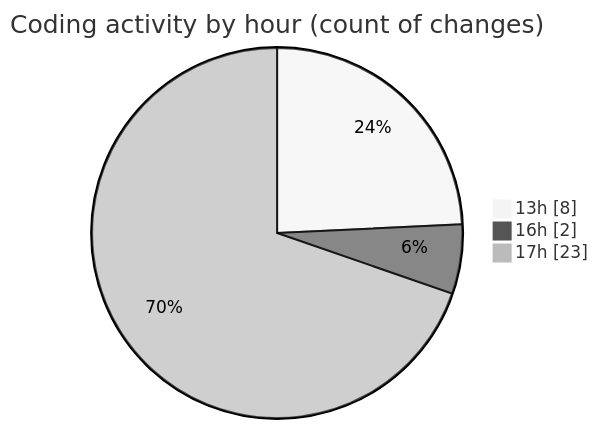
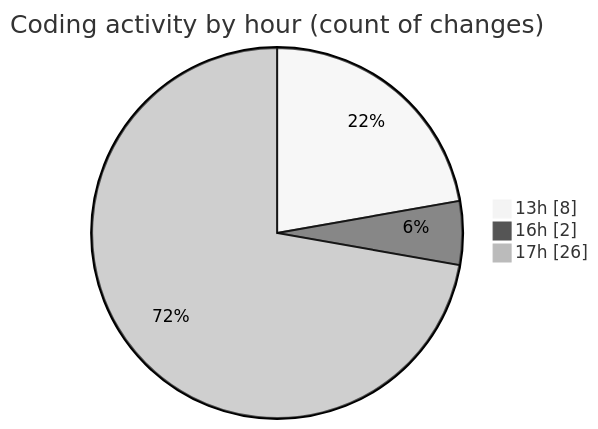
Before and after one commit to nxtqubesakshisongat/code-tracking: the second of 2 diagrams in 2025-12-10/nxtqube_webapp/README.md, drawn with Mermaid (neutral theme). The commit also changed other lines of this file and 1 other file, not shown here.

````diff
--- a/2025-12-10/nxtqube_webapp/README.md
+++ b/2025-12-10/nxtqube_webapp/README.md
@@ -30,7 +30,7 @@
 ```mermaid
 pie showData
 title Coding activity by hour (count of changes)
 "13h" : 8
 "16h" : 2
-"17h" : 23
+"17h" : 26
 ```
````
